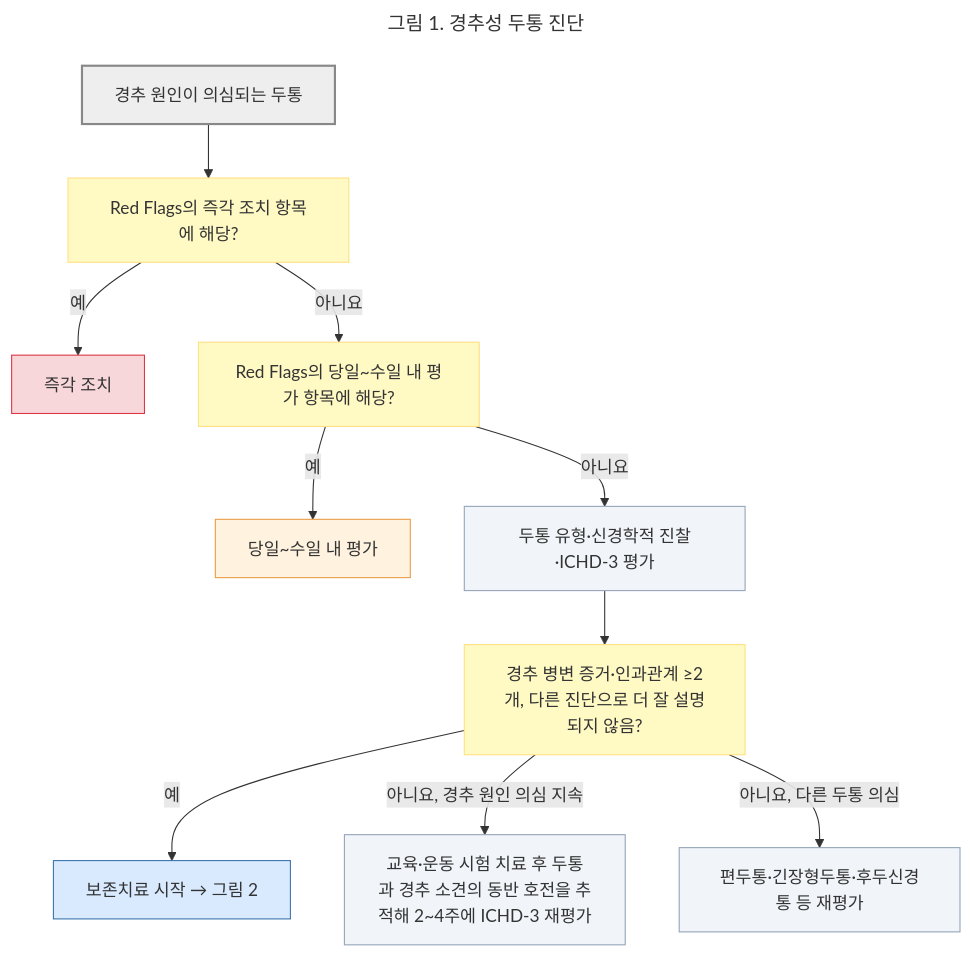
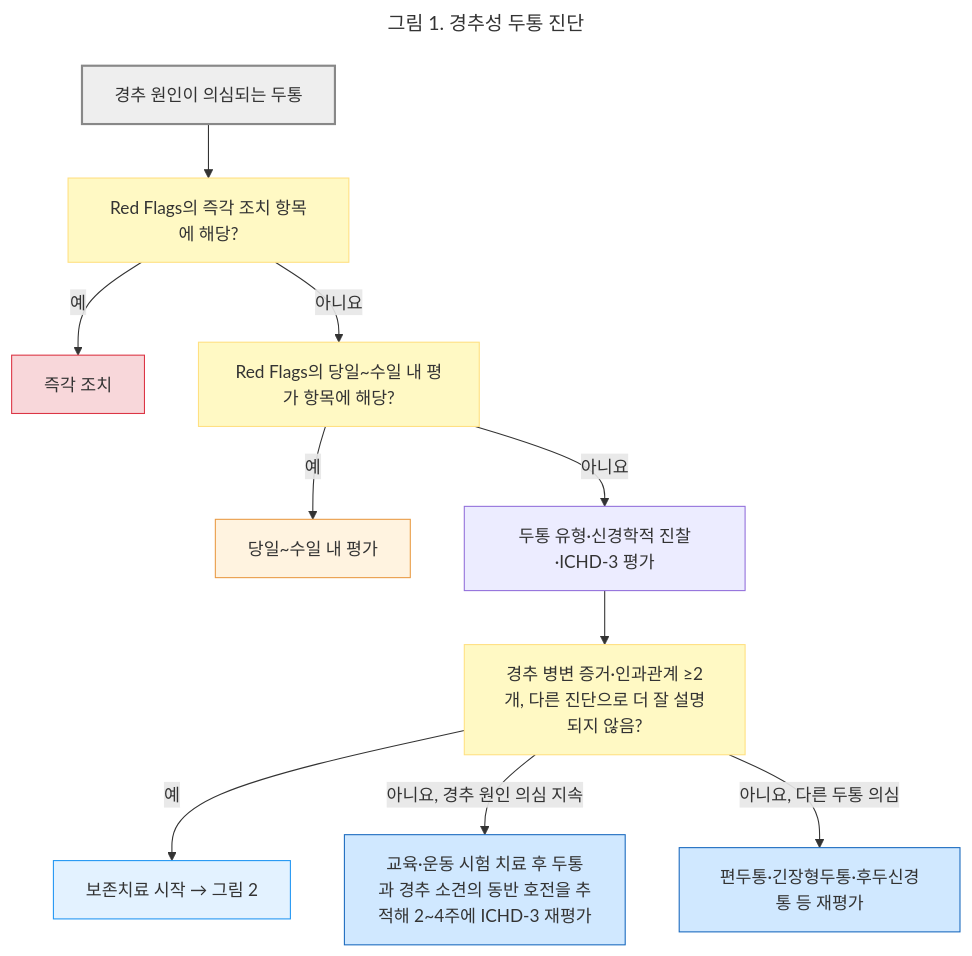
The first of 2 diagrams in 221_/019_-cervicogenic-headache.md (familyoh77/familyoh77), drawn with Mermaid before and after one commit. The commit also changed other lines of this file and 4 other files, not shown here.

````diff
--- a/221_/019_-cervicogenic-headache.md
+++ b/221_/019_-cervicogenic-headache.md
@@ -156,29 +156,27 @@
 ```mermaid
 ---
 title: 그림 1. 경추성 두통 진단
 ---
 flowchart TD
     A["경추 원인이 의심되는 두통"] --> B["Red Flags의 즉각 조치 항목에 해당?"]
     B -- "예" --> C["즉각 조치"]
     B -- "아니요" --> D["Red Flags의 당일~수일 내 평가 항목에 해당?"]
     D -- "예" --> E["당일~수일 내 평가"]
     D -- "아니요" --> F["두통 유형·신경학적 진찰·ICHD-3 평가"]
     F --> G["경추 병변 증거·인과관계 ≥2개, 다른 진단으로 더 잘 설명되지 않음?"]
     G -- "예" --> T["보존치료 시작 → 그림 2"]
     G -- "아니요, 경추 원인 의심 지속" --> G2["교육·운동 시험 치료 후 두통과 경추 소견의 동반 호전을 추적해 2~4주에 ICHD-3 재평가"]
     G -- "아니요, 다른 두통 의심" --> H["편두통·긴장형두통·후두신경통 등 재평가"]
-
     classDef start fill:#eeeeee,stroke:#888888,stroke-width:2px;
     classDef decision fill:#fff9c4,stroke:#ffe082;
     classDef emergency fill:#f8d7da,stroke:#dc3545;
     classDef priority fill:#fff3e0,stroke:#e99b45;
-    classDef assessment fill:#f1f5f9,stroke:#94a3b8;
-    classDef care fill:#d9eaff,stroke:#3973ac;
-
+    classDef care fill:#e3f2ff,stroke:#2196f3;
+classDef followup fill:#d0e8ff,stroke:#1a6abf;
     class A start;
     class B,D,G decision;
     class C emergency;
     class E priority;
-    class F,G2,H assessment;
+    class G2,H followup;
     class T care;
 ```
````
